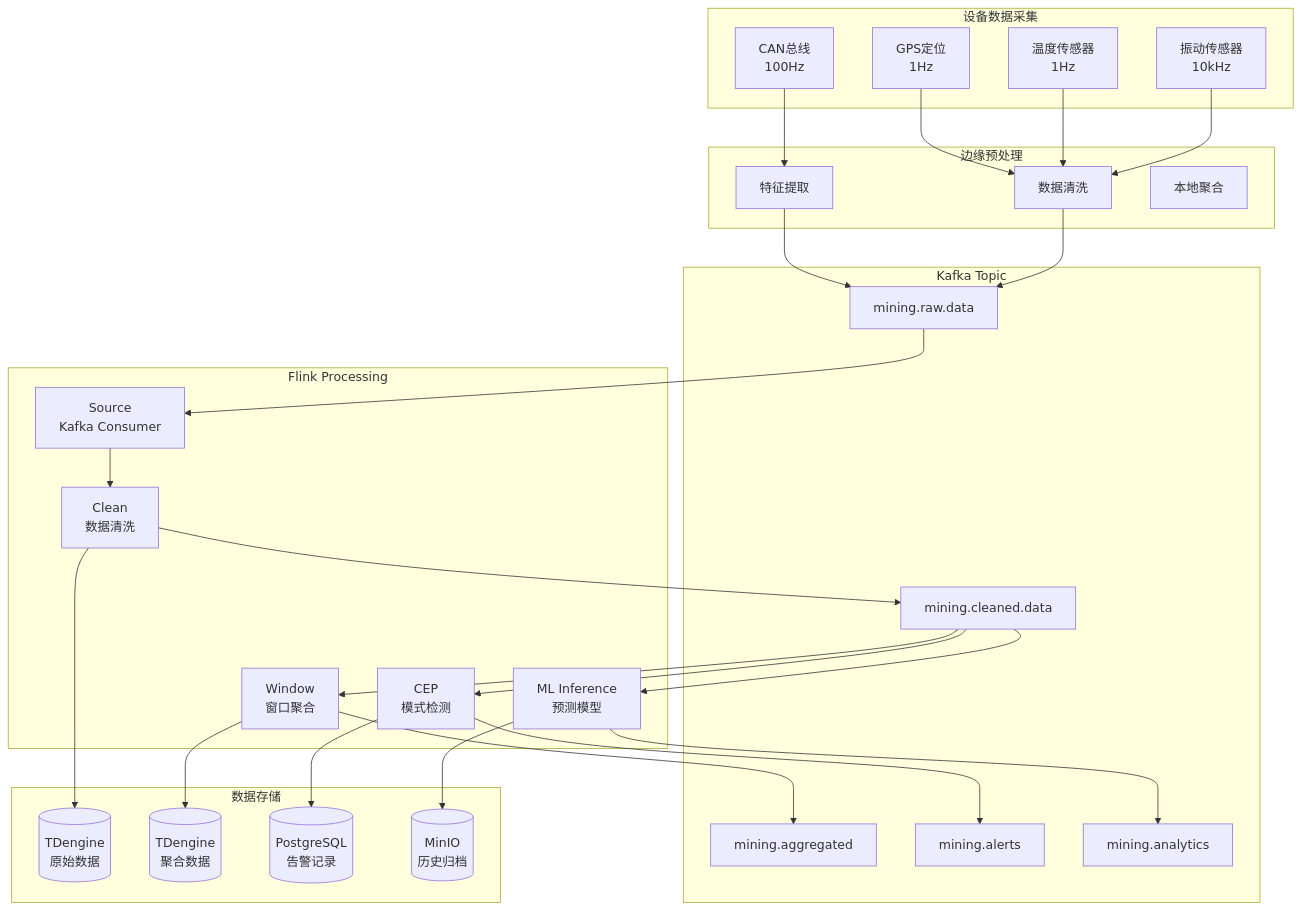
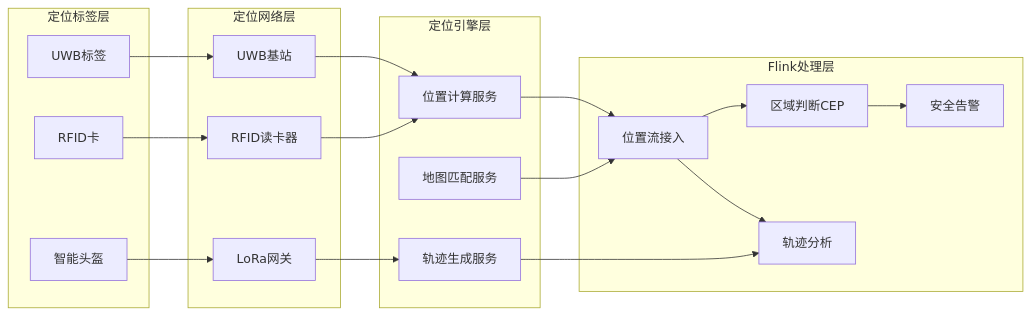
Before and after one commit to AdaMartin18010/AnalysisDataFlow: the second of 6 diagrams in Flink-IoT-Authority-Alignment/Phase-11-Mining-Oil-Gas/case-mining-oilgas-complete.md, drawn with Mermaid. The commit also changed other lines of this file and 8 other files, not shown here.

````diff
--- a/Flink-IoT-Authority-Alignment/Phase-11-Mining-Oil-Gas/case-mining-oilgas-complete.md
+++ b/Flink-IoT-Authority-Alignment/Phase-11-Mining-Oil-Gas/case-mining-oilgas-complete.md
@@ -277,53 +442,42 @@
 ```mermaid
-flowchart TD
-    subgraph 采集端[设备数据采集]
-        D1[振动传感器<br/>10kHz]
-        D2[温度传感器<br/>1Hz]
-        D3[GPS定位<br/>1Hz]
-        D4[CAN总线<br/>100Hz]
+graph LR
+    subgraph 定位标签[定位标签层]
+        T1[UWB标签]
+        T2[RFID卡]
+        T3[智能头盔]
     end
 
-    subgraph 边缘处理[边缘预处理]
-        E1[数据清洗]
-        E2[特征提取]
-        E3[本地聚合]
+    subgraph 定位网络[定位网络层]
+        N1[UWB基站]
+        N2[RFID读卡器]
+        N3[LoRa网关]
     end
 
-    subgraph 消息队列[Kafka Topic]
-        T1[mining.raw.data]
-        T2[mining.cleaned.data]
-        T3[mining.aggregated]
-        T4[mining.alerts]
-        T5[mining.analytics]
+    subgraph 定位引擎[定位引擎层]
+        E1[位置计算服务]
+        E2[地图匹配服务]
+        E3[轨迹生成服务]
     end
 
-    subgraph Flink处理[Flink Processing]
-        F1[Source<br/>Kafka Consumer]
-        F2[Clean<br/>数据清洗]
-        F3[Window<br/>窗口聚合]
-        F4[CEP<br/>模式检测]
-        F5[ML Inference<br/>预测模型]
+    subgraph Flink处理[Flink处理层]
+        F1[位置流接入]
+        F2[区域判断CEP]
+        F3[轨迹分析]
+        F4[安全告警]
     end
 
-    subgraph 存储[数据存储]
-        S1[(TDengine<br/>原始数据)]
-        S2[(TDengine<br/>聚合数据)]
-        S3[(PostgreSQL<br/>告警记录)]
-        S4[(MinIO<br/>历史归档)]
-    end
+    T1 --> N1
+    T2 --> N2
+    T3 --> N3
 
-    D1 --> E1 --> T1
-    D2 --> E1
-    D3 --> E1
-    D4 --> E2 --> T1
+    N1 --> E1
+    N2 --> E1
+    N3 --> E3
 
-    T1 --> F1 --> F2 --> T2
-    T2 --> F3 --> T3
-    T2 --> F4 --> T4
-    T2 --> F5 --> T5
+    E1 --> F1
+    E2 --> F1
+    E3 --> F3
 
-    F2 --> S1
-    F3 --> S2
-    F4 --> S3
-    F5 --> S4
+    F1 --> F2 --> F4
+    F1 --> F3
 ```
````
